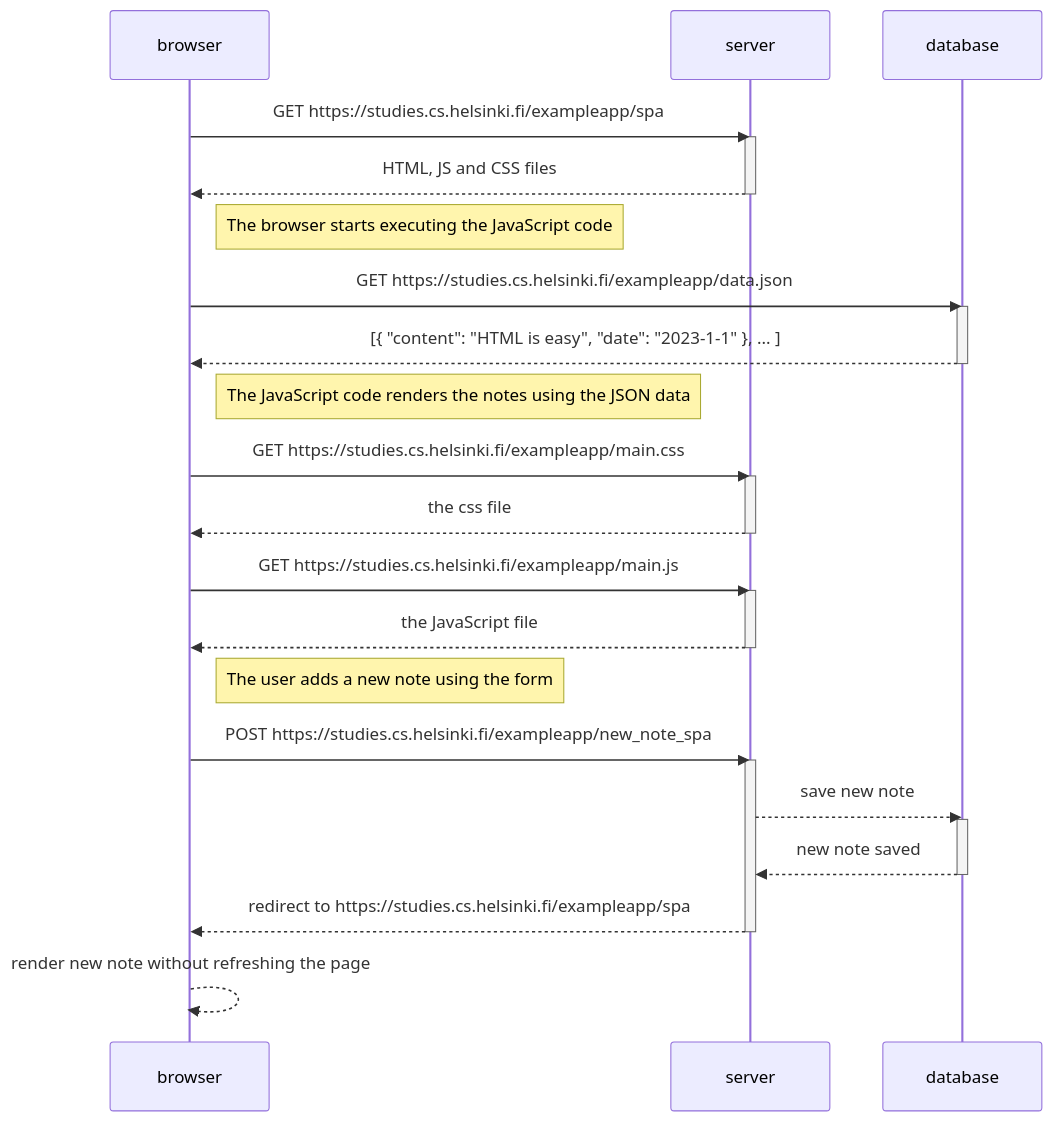
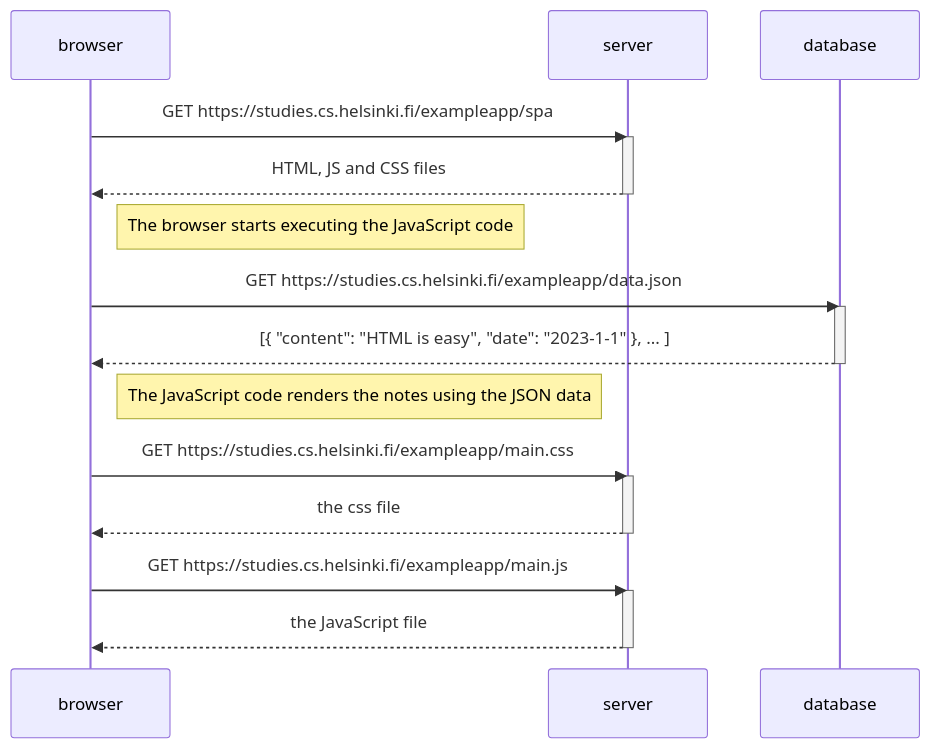
One commit to IoanaBdn/full_stack_challenge changed the diagram in part0/0_5.mermaid. Above: the diagram before and after it, drawn with Mermaid. The commit also changed 1 other file, not shown here.

Commit message:
separate the sequence diagrams for last exercises

```diff
--- a/part0/0_5.mermaid
+++ b/part0/0_5.mermaid
@@ -1,40 +1,28 @@
 sequenceDiagram
     participant browser
     participant server
     participant database
 
     browser->>server: GET https://studies.cs.helsinki.fi/exampleapp/spa
     activate server
     server-->>browser: HTML, JS and CSS files
     deactivate server
 
     Note right of browser: The browser starts executing the JavaScript code
 
     browser->>database: GET https://studies.cs.helsinki.fi/exampleapp/data.json
     activate database
     database-->>browser: [{ "content": "HTML is easy", "date": "2023-1-1" }, ... ]
     deactivate database
 
     Note right of browser: The JavaScript code renders the notes using the JSON data
 
     browser->>server: GET https://studies.cs.helsinki.fi/exampleapp/main.css
     activate server
     server-->>browser: the css file
     deactivate server
 
     browser->>server: GET https://studies.cs.helsinki.fi/exampleapp/main.js
     activate server
     server-->>browser: the JavaScript file
     deactivate server
-
-    Note right of browser: The user adds a new note using the form
-
-    browser->>server: POST https://studies.cs.helsinki.fi/exampleapp/new_note_spa
-    activate server
-    server-->>database: save new note
-    activate database
-    database-->>server: new note saved
-    deactivate database
-    server-->>browser: redirect to https://studies.cs.helsinki.fi/exampleapp/spa
-    deactivate server
-    browser-->>browser: render new note without refreshing the page
```
